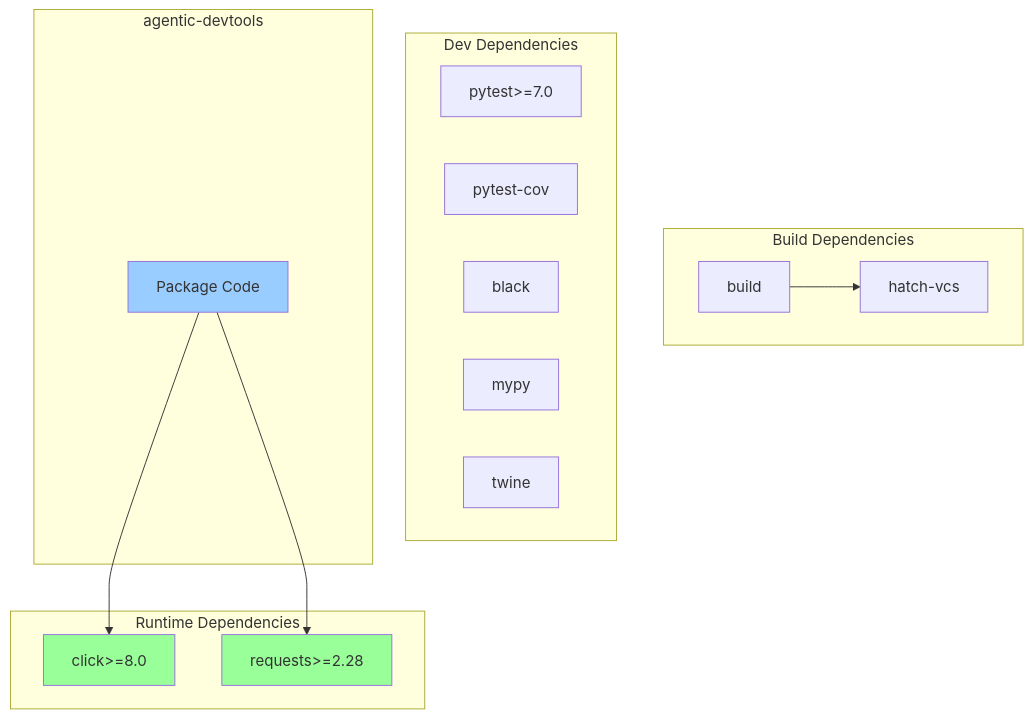
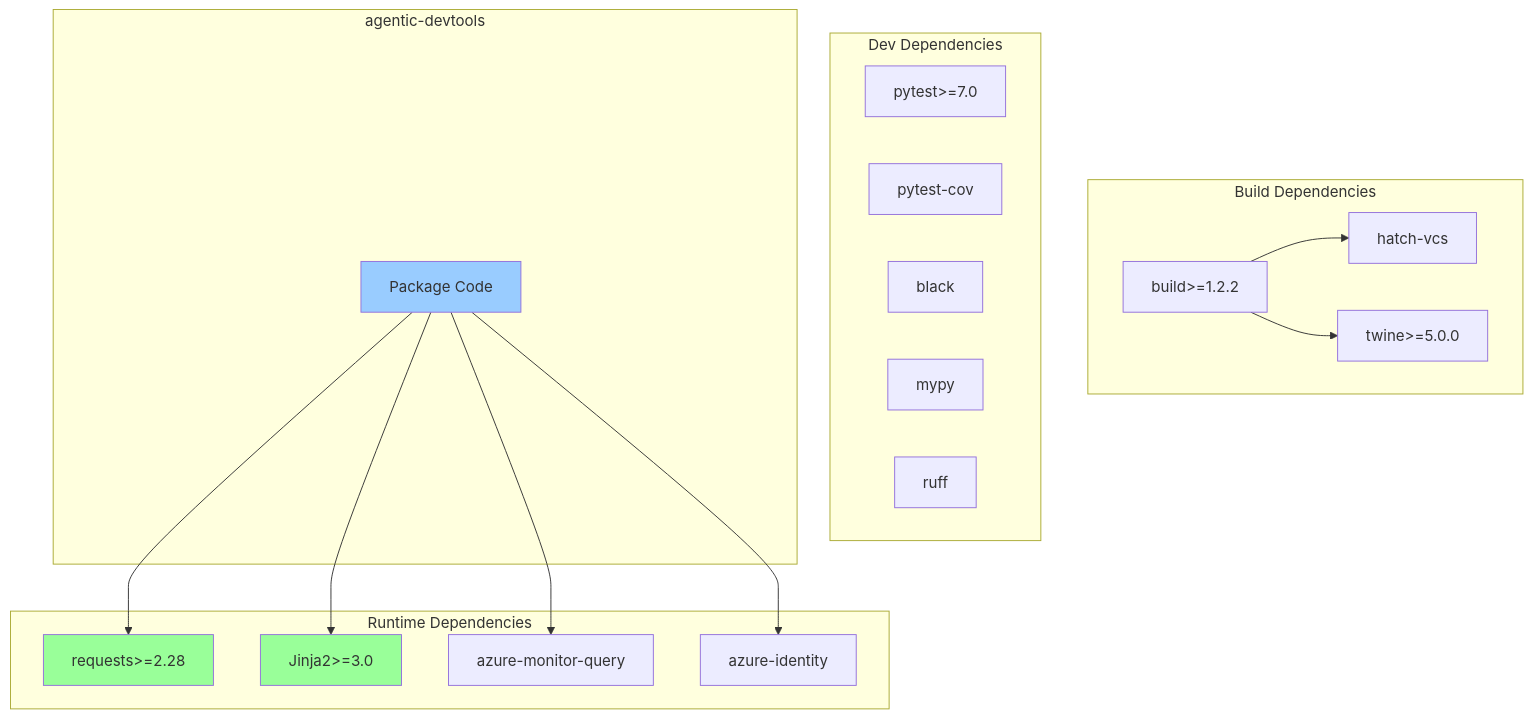
One commit to ayaiayorg/agentic-devtools changed the tenth of 10 diagrams in docs/07-deployment-view.md. Above: the diagram before and after it, drawn with Mermaid. The commit also changed 8 other files, not shown here.

````diff
--- a/docs/07-deployment-view.md
+++ b/docs/07-deployment-view.md
@@ -362,33 +362,39 @@
 ```mermaid
 graph TB
     subgraph "Runtime Dependencies"
-        Click[click>=8.0]
         Requests[requests>=2.28]
+        Jinja2[Jinja2>=3.0]
+        AzureMonitor[azure-monitor-query]
+        AzureIdentity[azure-identity]
     end
     
     subgraph "Build Dependencies"
         Hatch[hatch-vcs]
-        Build[build]
+        Build[build>=1.2.2]
+        Twine[twine>=5.0.0]
     end
     
     subgraph "Dev Dependencies"
         Pytest[pytest>=7.0]
         Coverage[pytest-cov]
         Black[black]
         MyPy[mypy]
-        Twine[twine]
+        Ruff[ruff]
     end
     
     subgraph "agentic-devtools"
         Package[Package Code]
     end
     
-    Package --> Click
     Package --> Requests
+    Package --> Jinja2
+    Package --> AzureMonitor
+    Package --> AzureIdentity
     
     Build --> Hatch
+    Build --> Twine
     
     style Package fill:#9cf
-    style Click fill:#9f9
     style Requests fill:#9f9
+    style Jinja2 fill:#9f9
 ```
````
